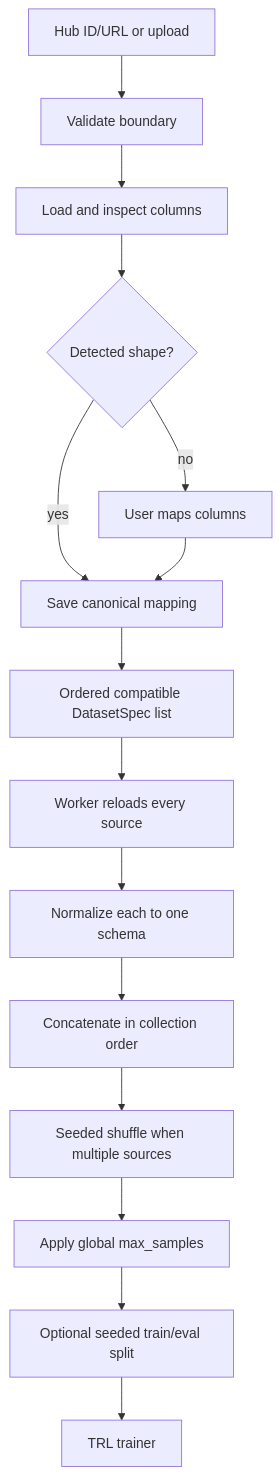
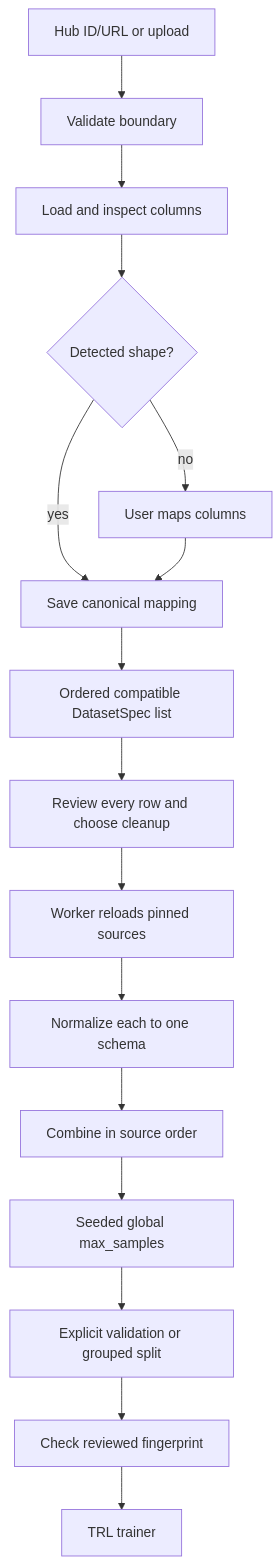
Before and after one commit to pypi-ahmad/lora-qlora-fine-tuning-app: the second of 3 diagrams in TECHNICAL.md, drawn with Mermaid. The commit also changed other lines of this file and 24 other files, not shown here.

````diff
--- a/TECHNICAL.md
+++ b/TECHNICAL.md
@@ -367,17 +390,18 @@
 ```mermaid
 flowchart TD
     Input[Hub ID/URL or upload] --> Validate[Validate boundary]
     Validate --> Inspect[Load and inspect columns]
     Inspect --> Detect{Detected shape?}
     Detect -->|yes| Map[Save canonical mapping]
     Detect -->|no| Manual[User maps columns]
     Manual --> Map
     Map --> Collection[Ordered compatible DatasetSpec list]
-    Collection --> WorkerLoad[Worker reloads every source]
+    Collection --> Review[Review every row and choose cleanup]
+    Review --> WorkerLoad[Worker reloads pinned sources]
     WorkerLoad --> Normalize[Normalize each to one schema]
-    Normalize --> Concatenate[Concatenate in collection order]
-    Concatenate --> Shuffle[Seeded shuffle when multiple sources]
-    Shuffle --> Cap[Apply global max_samples]
-    Cap --> Split[Optional seeded train/eval split]
-    Split --> Trainer[TRL trainer]
+    Normalize --> Concatenate[Combine in source order]
+    Concatenate --> Cap[Seeded global max_samples]
+    Cap --> Split[Explicit validation or grouped split]
+    Split --> Fingerprint[Check reviewed fingerprint]
+    Fingerprint --> Trainer[TRL trainer]
 ```
````
